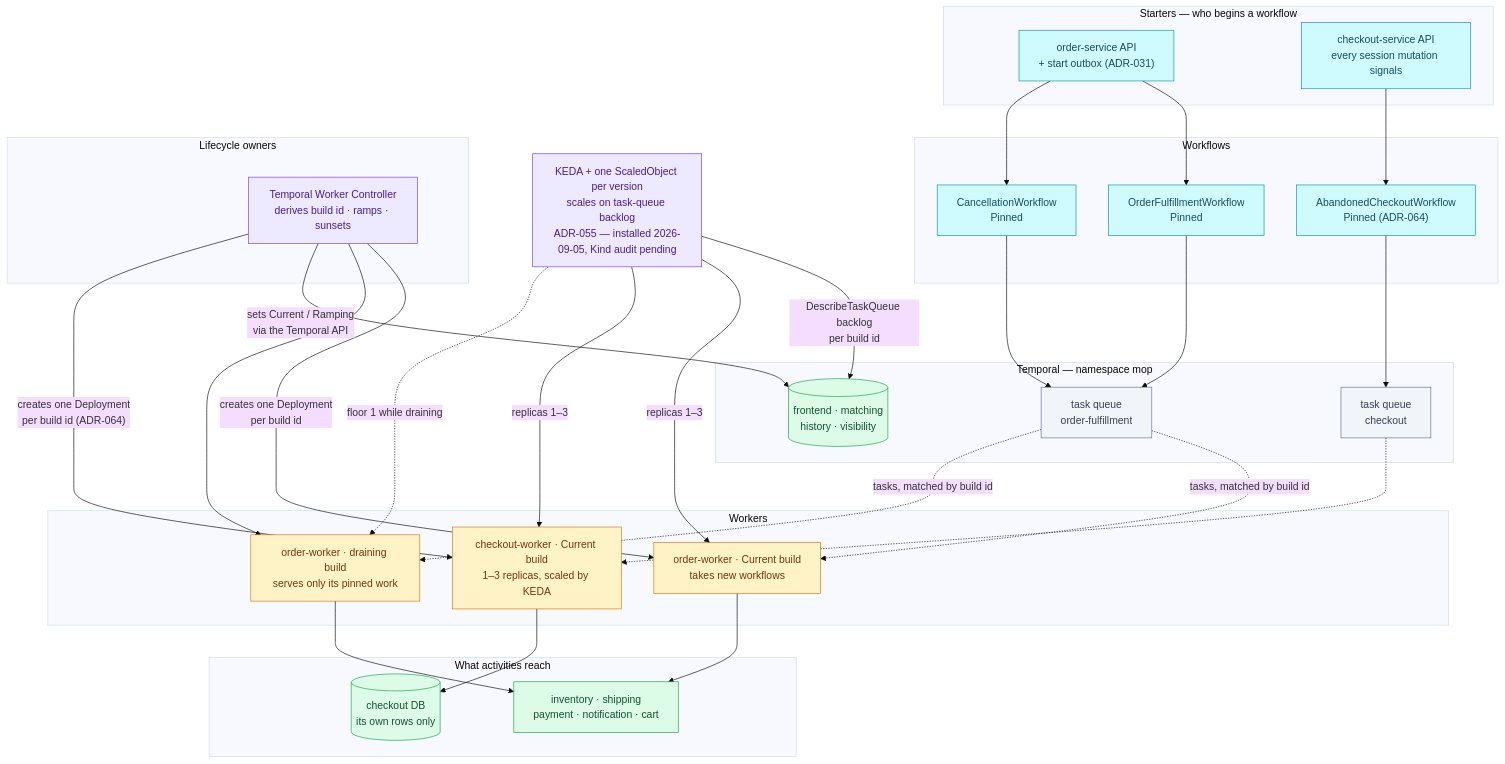
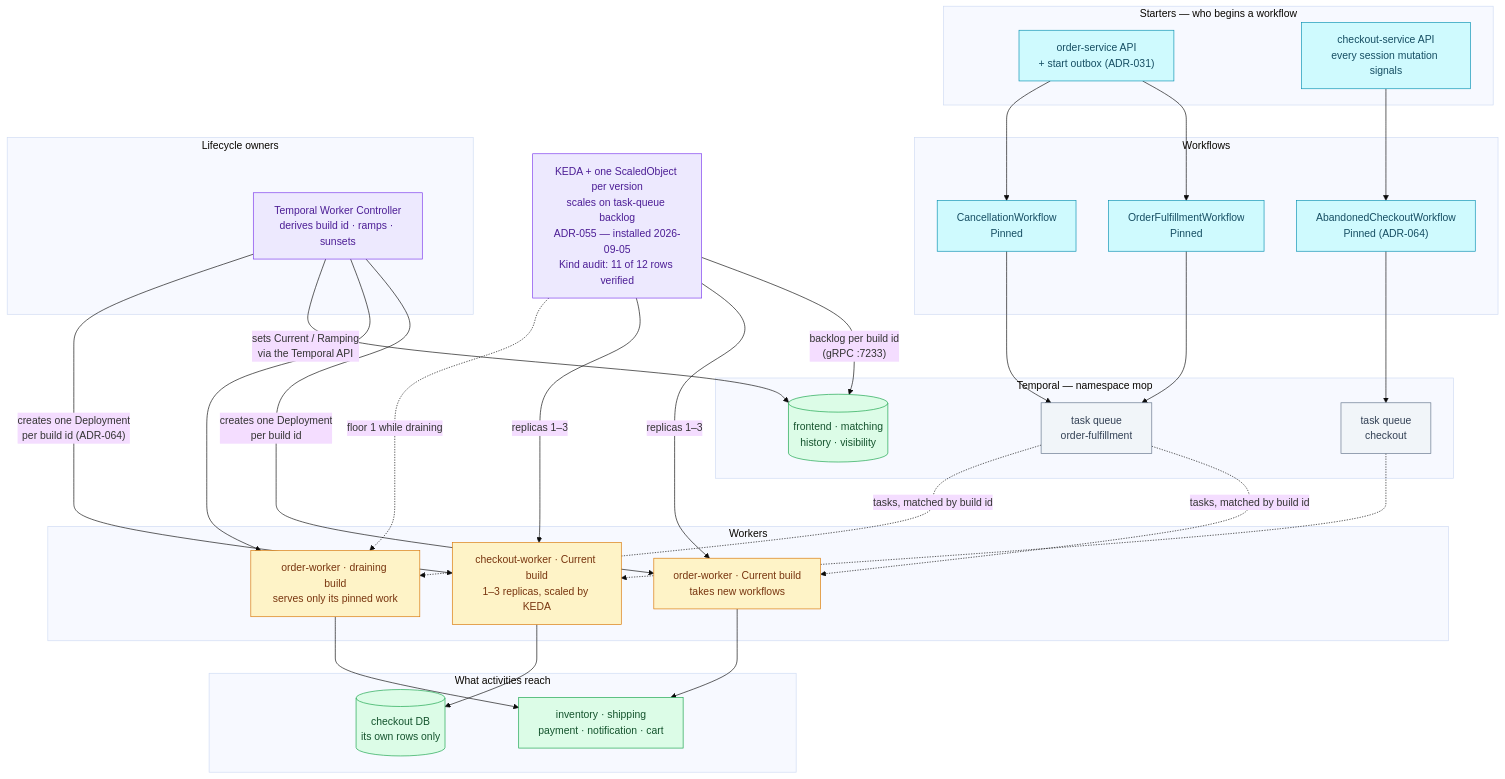
The diagram in docs/api/workflows.md (duynhlab/homelab), drawn with Mermaid (base theme) before and after one commit. The commit also changed other lines of this file and 45 other files, not shown here.

First line of the commit message:
docs(architecture): split by domain; add db, netpol, Temporal+KEDA

````diff
--- a/docs/api/workflows.md
+++ b/docs/api/workflows.md
@@ -30,73 +30,73 @@
 ```mermaid
 flowchart TD
   subgraph starters["Starters — who begins a workflow"]
     OAPI["order-service API<br/>+ start outbox (ADR-031)"]
     CAPI["checkout-service API<br/>every session mutation signals"]
   end
 
   subgraph wf["Workflows"]
     OFW["OrderFulfillmentWorkflow<br/>Pinned"]
     CW["CancellationWorkflow<br/>Pinned"]
     ACW["AbandonedCheckoutWorkflow<br/>Pinned (ADR-064)"]
   end
 
   subgraph srv["Temporal — namespace mop"]
     TS[("frontend · matching<br/>history · visibility")]
     QF["task queue<br/>order-fulfillment"]
     QC["task queue<br/>checkout"]
   end
 
   subgraph ctl["Lifecycle owners"]
     WC["Temporal Worker Controller<br/>derives build id · ramps · sunsets"]
   end
 
   subgraph run["Workers"]
     OWc["order-worker · Current build<br/>takes new workflows"]
     OWd["order-worker · draining build<br/>serves only its pinned work"]
     CKW["checkout-worker · Current build<br/>1–3 replicas, scaled by KEDA"]
   end
 
   subgraph down["What activities reach"]
     DS["inventory · shipping<br/>payment · notification · cart"]
     CDB[("checkout DB<br/>its own rows only")]
   end
 
-  KEDA["KEDA + one ScaledObject per version<br/>scales on task-queue backlog<br/>ADR-055 — installed 2026-09-05, Kind audit pending"]
+  KEDA["KEDA + one ScaledObject per version<br/>scales on task-queue backlog<br/>ADR-055 — installed 2026-09-05<br/>Kind audit: 11 of 12 rows verified"]
 
   OAPI --> OFW
   OAPI --> CW
   CAPI --> ACW
   OFW --> QF
   CW --> QF
   ACW --> QC
   QF -.->|"tasks, matched by build id"| OWc
   QF -.->|"tasks, matched by build id"| OWd
   QC -.-> CKW
 
   WC -->|"creates one Deployment<br/>per build id"| OWc
   WC --> OWd
   WC -->|"sets Current / Ramping<br/>via the Temporal API"| TS
   WC -->|"creates one Deployment<br/>per build id (ADR-064)"| CKW
 
   OWc --> DS
   OWd --> DS
   CKW --> CDB
 
-  KEDA -->|"DescribeTaskQueue backlog<br/>per build id"| TS
+  KEDA -->|"backlog per build id<br/>(gRPC :7233)"| TS
   KEDA -->|"replicas 1–3"| OWc
   KEDA -->|"replicas 1–3"| CKW
   KEDA -.->|"floor 1 while draining"| OWd
 
   classDef service fill:#cffafe,color:#164e63,stroke:#0891b2;
   classDef worker fill:#fef3c7,color:#78350f,stroke:#d97706;
   classDef platform fill:#ede9fe,color:#4c1d95,stroke:#7c3aed;
   classDef data fill:#dcfce7,color:#14532d,stroke:#16a34a;
   classDef external fill:#f1f5f9,color:#334155,stroke:#64748b;
   classDef planned fill:#fff,color:#475569,stroke:#64748b,stroke-dasharray:5 5;
   class OAPI,CAPI,OFW,CW,ACW service
   class OWc,OWd,CKW worker
   class WC platform
   class TS,DS,CDB data
   class QF,QC external
   class KEDA platform
 ```
````
